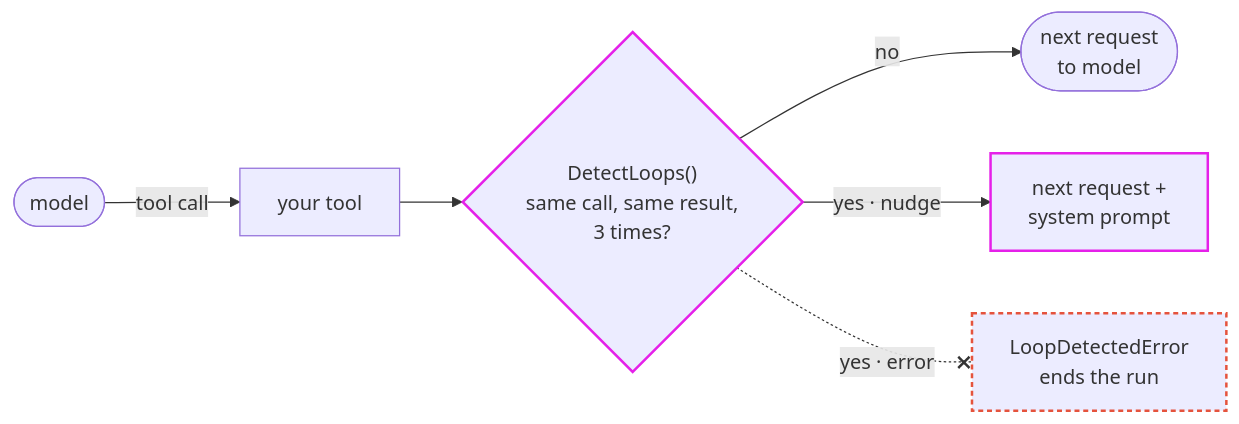
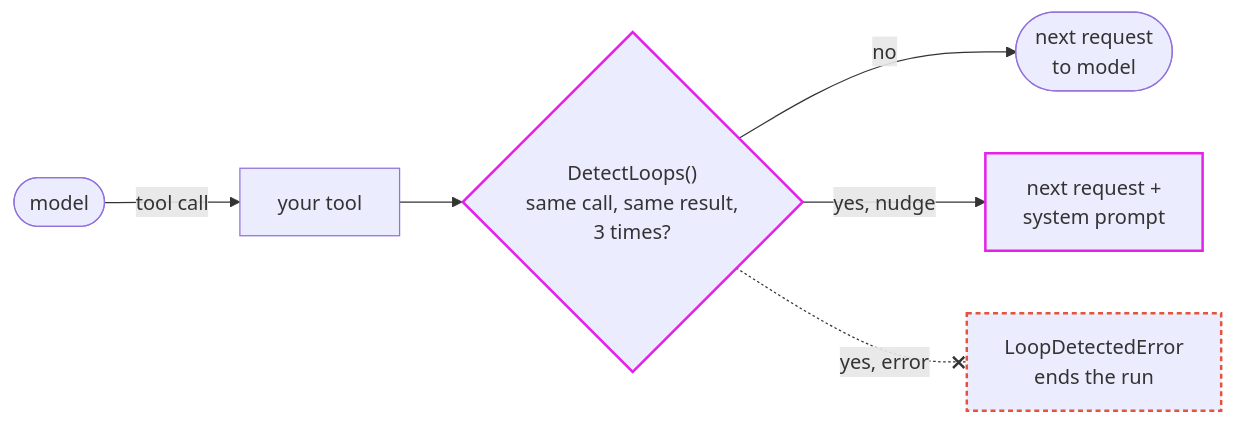
Before and after one commit to pydantic/pydantic-ai: the diagram in src/pydantic_ai_harness/pydantic_ai_harness/detect_loops/README.md, drawn with Mermaid. The commit also changed 1 other file, not shown here.

Commit message:
docs: use ASCII punctuation in the Detect Loops diagram labels

````diff
--- a/src/pydantic_ai_harness/pydantic_ai_harness/detect_loops/README.md
+++ b/src/pydantic_ai_harness/pydantic_ai_harness/detect_loops/README.md
@@ -9,12 +9,12 @@
 ```mermaid
 flowchart LR
     accTitle: Detect Loops: interrupt an agent that repeats itself
     accDescr: Left to right, the model makes a tool call to your tool, and DetectLoops checks whether the same call gave the same result 3 times. If no, the next request goes to the model. If yes, with action='nudge' the next request goes to the model with a system prompt added, and with action='error' a dotted edge leads to LoopDetectedError, which ends the run.
     model(["model"]) -->|tool call| tool["your tool"]
     tool --> check{"DetectLoops()<br/>same call, same result,<br/>3 times?"}:::capability
     check -->|no| next(["next request<br/>to model"])
-    check -->|"yes · nudge"| nudge["next request +<br/>system prompt"]:::capability
-    check -.-x|"yes · error"| error["LoopDetectedError<br/>ends the run"]:::blocked
+    check -->|"yes, nudge"| nudge["next request +<br/>system prompt"]:::capability
+    check -.-x|"yes, error"| error["LoopDetectedError<br/>ends the run"]:::blocked
     classDef capability stroke:#E520E9,stroke-width:2px
     classDef blocked stroke:#E5533D,stroke-width:2px,stroke-dasharray:4 3
 ```
````
